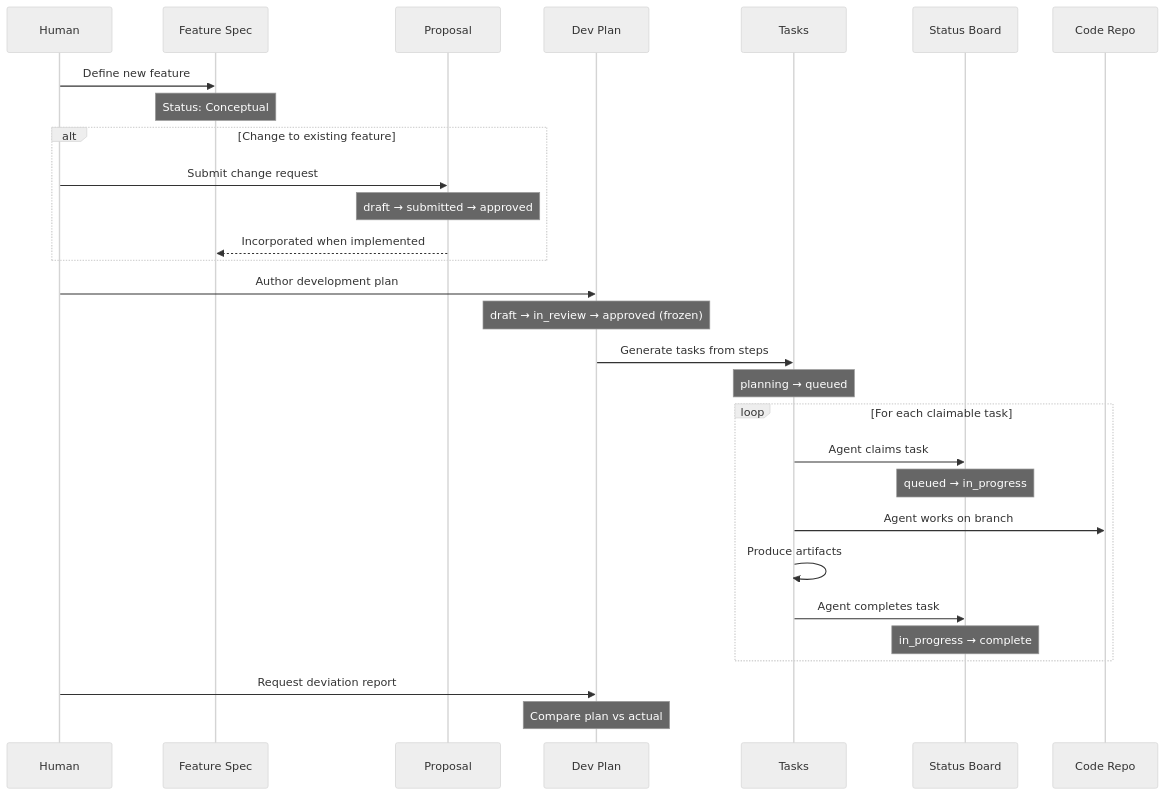
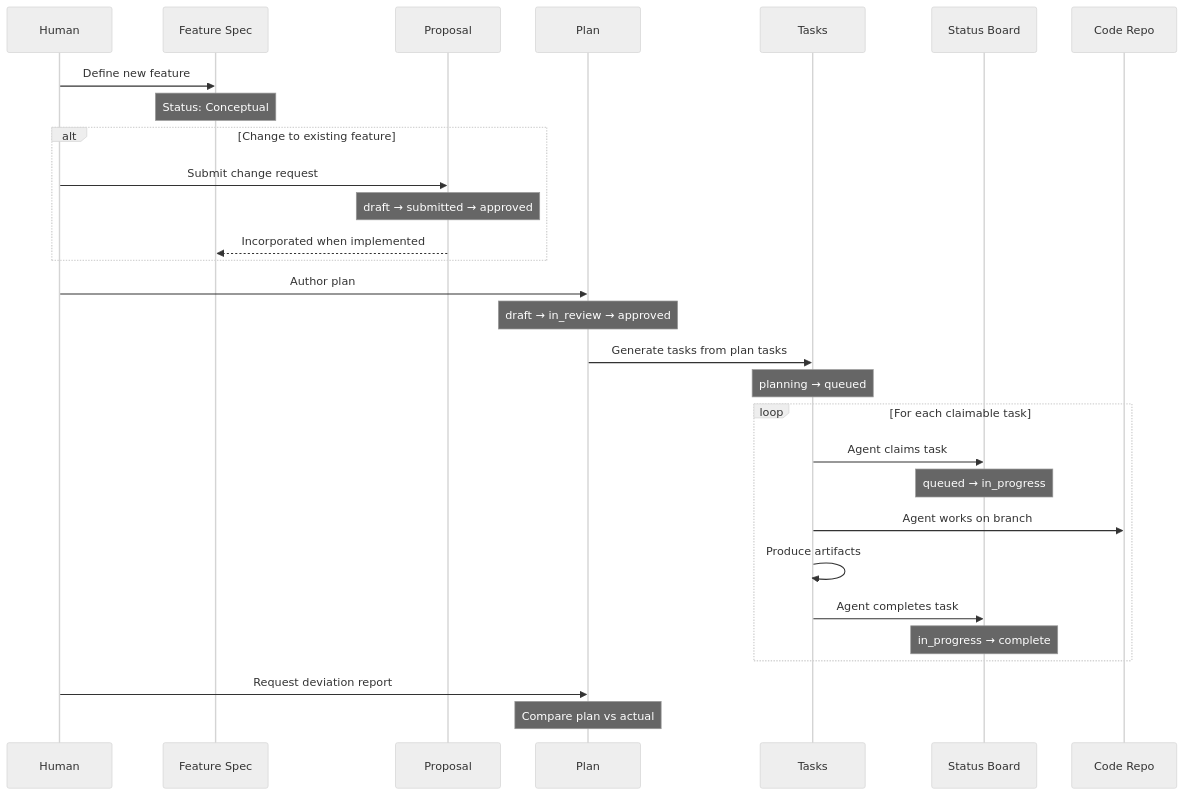
One commit to synchestra-io/synchestra changed the second of 7 diagrams in spec/architecture/spec-to-execution.md. Above: the diagram before and after it, drawn with Mermaid (neutral theme). The commit also changed other lines of this file and 2 other files, not shown here.

Commit message:
refactor: update spec-to-execution architecture for unified plan/task model

````diff
--- a/spec/architecture/spec-to-execution.md
+++ b/spec/architecture/spec-to-execution.md
@@ -52,37 +52,37 @@
 ```mermaid
 sequenceDiagram
     participant Human
     participant Feature as Feature Spec
     participant Proposal as Proposal
-    participant Plan as Dev Plan
+    participant Plan as Plan
     participant Tasks as Tasks
     participant Board as Status Board
     participant Code as Code Repo
 
     Human->>Feature: Define new feature
     Note over Feature: Status: Conceptual
 
     alt Change to existing feature
         Human->>Proposal: Submit change request
         Note over Proposal: draft → submitted → approved
         Proposal-->>Feature: Incorporated when implemented
     end
 
-    Human->>Plan: Author development plan
-    Note over Plan: draft → in_review → approved (frozen)
+    Human->>Plan: Author plan
+    Note over Plan: draft → in_review → approved
 
-    Plan->>Tasks: Generate tasks from steps
+    Plan->>Tasks: Generate tasks from plan tasks
     Note over Tasks: planning → queued
 
     loop For each claimable task
         Tasks->>Board: Agent claims task
         Note over Board: queued → in_progress
         Tasks->>Code: Agent works on branch
         Tasks->>Tasks: Produce artifacts
         Tasks->>Board: Agent completes task
         Note over Board: in_progress → complete
     end
 
     Human->>Plan: Request deviation report
     Note over Plan: Compare plan vs actual
 ```
````
